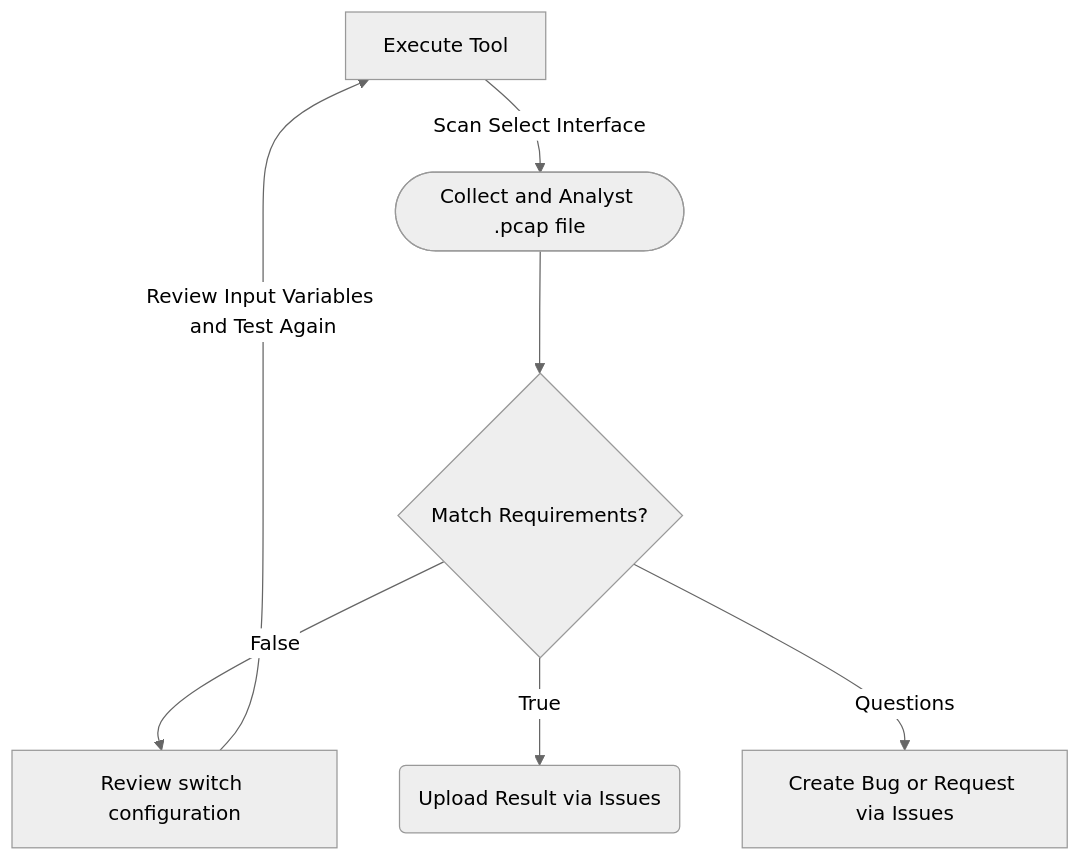
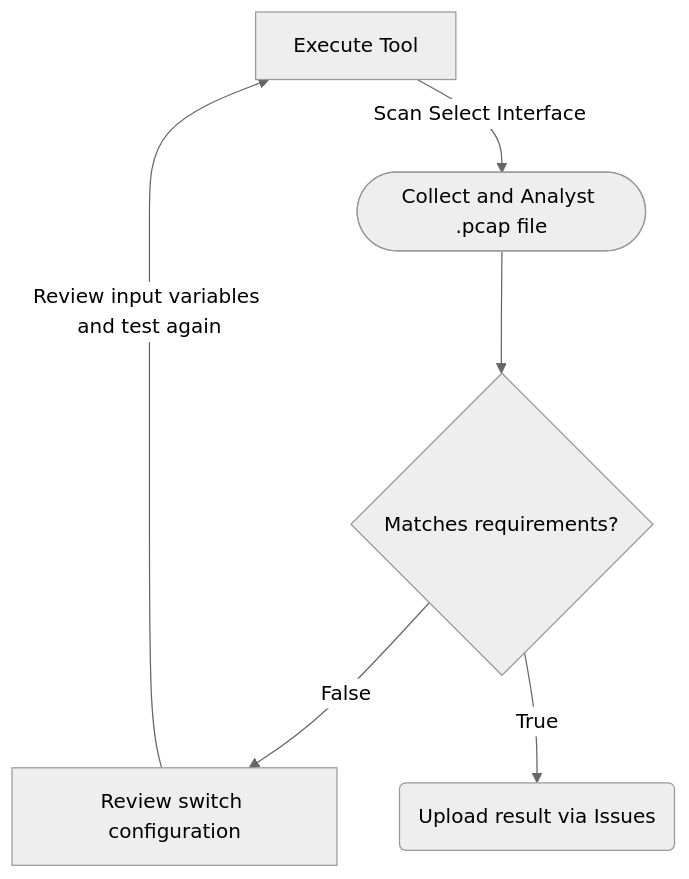
Before and after one commit to microsoft/AzureStackHCI-Network-Switch-Validation: the diagram in README.md, drawn with Mermaid (neutral theme). The commit also changed other lines of this file, not shown here.

Commit message:
Update README.md
Edited the logic diagram and change some wording

````diff
--- a/README.md
+++ b/README.md
@@ -17,10 +17,10 @@
 ```mermaid
 flowchart TB
 
 A[Execute Tool] -->|Scan Select Interface| B([Collect and Analyst .pcap file])
 C --> |False| E[Review switch configuration]
-E --> |Review Input Variables and Test Again | A
-B --> C{Match Requirements?}
-C --> |True| D(Upload Result via Issues)
-C --> |Questions| F[Create Bug or Request via Issues]
+E --> |Review input variables and test again | A
+B --> C{Matches requirements?}
+C --> |True| D(Upload result via Issues)
+
 ```
````
